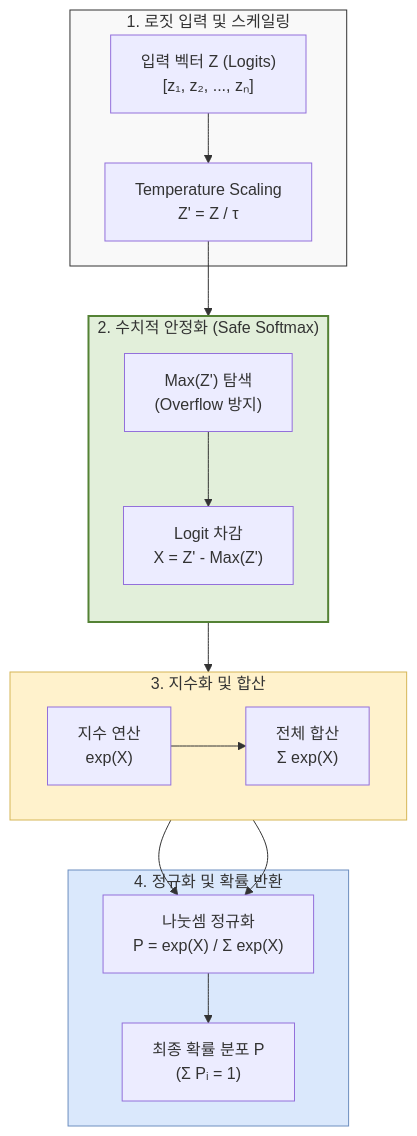
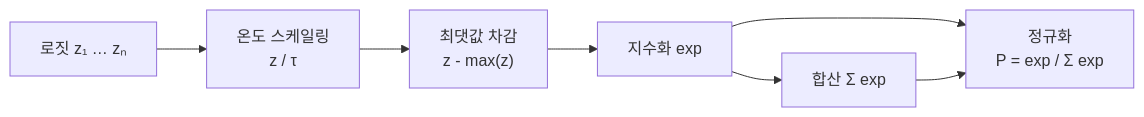
Before and after one commit to supremethumb/supremethumb.github.io: the diagram in content/01_IT Tech/소프트맥스 정규화.md, drawn with Mermaid. The commit also changed other lines of this file and 1087 other files, not shown here.

````diff
--- a/content/01_IT Tech/소프트맥스 정규화.md
+++ b/content/01_IT Tech/소프트맥스 정규화.md
@@ -30,41 +36,8 @@
 ```mermaid
-flowchart TB
-    subgraph Input_Layer ["1. 로짓 입력 및 스케일링"]
-        Z["입력 벡터 Z (Logits)<br/>[z₁, z₂, ..., zₙ]"]
-        Temp["Temperature Scaling<br/>Z' = Z / τ"]
-        Z --> Temp
-    end
-    
-    subgraph Safe_Softmax ["2. 수치적 안정화 (Safe Softmax)"]
-        direction TB
-        Max_Find["Max(Z') 탐색<br/>(Overflow 방지)"]
-        Subtract["Logit 차감<br/>X = Z' - Max(Z')"]
-        
-        Temp --> Max_Find
-        Max_Find --> Subtract
-    end
-    
-    subgraph Exp_Sum ["3. 지수화 및 합산"]
-        direction LR
-        Exp["지수 연산<br/>exp(X)"]
-        Sum["전체 합산<br/>Σ exp(X)"]
-        
-        Subtract --> Exp
-        Exp --> Sum
-    end
-    
-    subgraph Output_Layer ["4. 정규화 및 확률 반환"]
-        Normalize["나눗셈 정규화<br/>P = exp(X) / Σ exp(X)"]
-        Prob["최종 확률 분포 P<br/>(Σ Pᵢ = 1)"]
-        
-        Exp --> Normalize
-        Sum --> Normalize
-        Normalize --> Prob
-    end
-    
-    style Input_Layer fill:#f9f9f9,stroke:#333,stroke-width:1px
-    style Safe_Softmax fill:#e2efda,stroke:#548235,stroke-width:2px
-    style Exp_Sum fill:#fff2cc,stroke:#d6b656,stroke-width:1px
-    style Output_Layer fill:#dae8fc,stroke:#6c8ebf,stroke-width:1px
-
+flowchart LR
+    Z["로짓 z₁ … zₙ"] --> T["온도 스케일링<br/>z / τ"]
+    T --> M["최댓값 차감<br/>z - max(z)"]
+    M --> E["지수화 exp"]
+    E --> S["합산 Σ exp"]
+    E & S --> P["정규화<br/>P = exp / Σ exp"]
 ```
````
